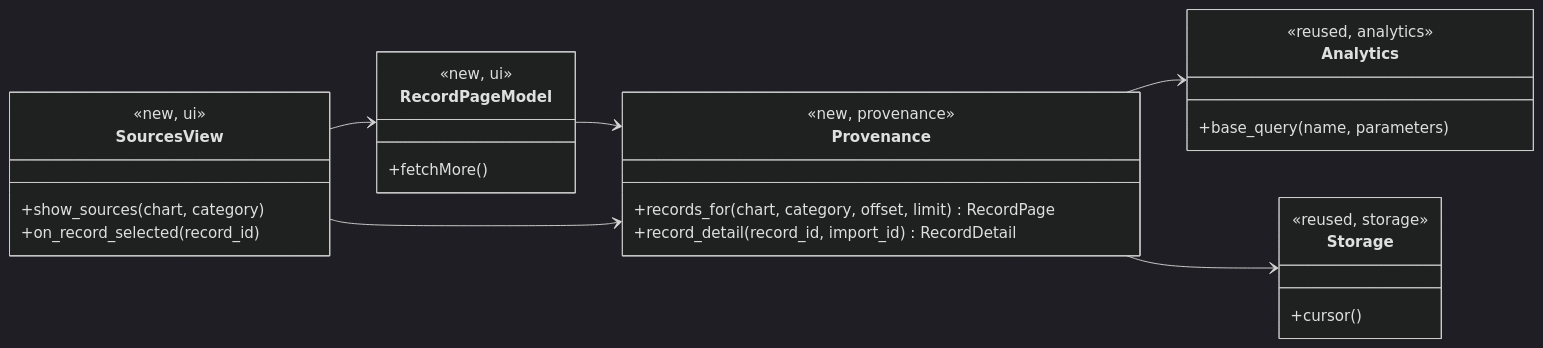
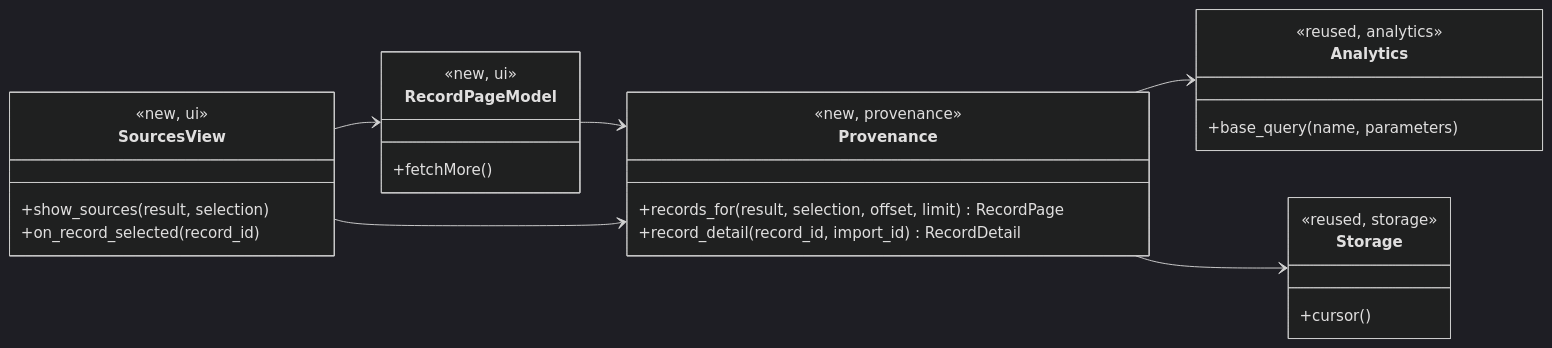
Before and after one commit to PathNotFound404/cosc-40943-team-06-USPTO: the first of 2 diagrams in docs/design/verification.md, drawn with Mermaid (dark theme). The commit also changed other lines of this file and 16 other files, not shown here.

````diff
--- a/docs/design/verification.md
+++ b/docs/design/verification.md
@@ -28,31 +28,31 @@
 ```mermaid
 classDiagram
     direction LR
     class SourcesView {
         <<new, ui>>
-        +show_sources(chart, category)
+        +show_sources(result, selection)
         +on_record_selected(record_id)
     }
     class RecordPageModel {
         <<new, ui>>
         +fetchMore()
     }
     class Provenance {
         <<new, provenance>>
-        +records_for(chart, category, offset, limit) RecordPage
+        +records_for(result, selection, offset, limit) RecordPage
         +record_detail(record_id, import_id) RecordDetail
     }
     class Analytics {
         <<reused, analytics>>
         +base_query(name, parameters)
     }
     class Storage {
         <<reused, storage>>
         +cursor()
     }
     SourcesView --> RecordPageModel
     RecordPageModel --> Provenance
     SourcesView --> Provenance
     Provenance --> Analytics
     Provenance --> Storage
 ```
````
